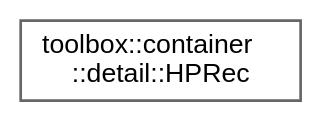
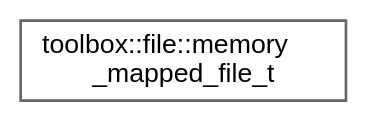
The diagram in inherit_graph_18.dot (nerdneilsfield/cpp-toolbox), drawn with Graphviz before and after one commit. The commit also changed 153 other files, not shown here.

```diff
--- a/inherit_graph_18.dot
+++ b/inherit_graph_18.dot
@@ -1,9 +1,9 @@
 digraph "Graphical Class Hierarchy"
 {
  // LATEX_PDF_SIZE
   bgcolor="transparent";
   edge [fontname=Helvetica,fontsize=10,labelfontname=Helvetica,labelfontsize=10];
   node [fontname=Helvetica,fontsize=10,shape=box,height=0.2,width=0.4];
   rankdir="LR";
-  Node0 [id="Node000000",label="toolbox::container\l::detail::HPRec",height=0.2,width=0.4,color="grey40", fillcolor="white", style="filled",URL="$structtoolbox_1_1container_1_1detail_1_1_h_p_rec.html",tooltip="危险指针记录结构体 (Hazard Pointer Record structure)"];
+  Node0 [id="Node000000",label="toolbox::file::memory\l_mapped_file_t",height=0.2,width=0.4,color="grey40", fillcolor="white", style="filled",URL="$classtoolbox_1_1file_1_1memory__mapped__file__t.html",tooltip="RAII wrapper for memory-mapped files. / 内存映射文件的 RAII 封装。"];
 }
```
